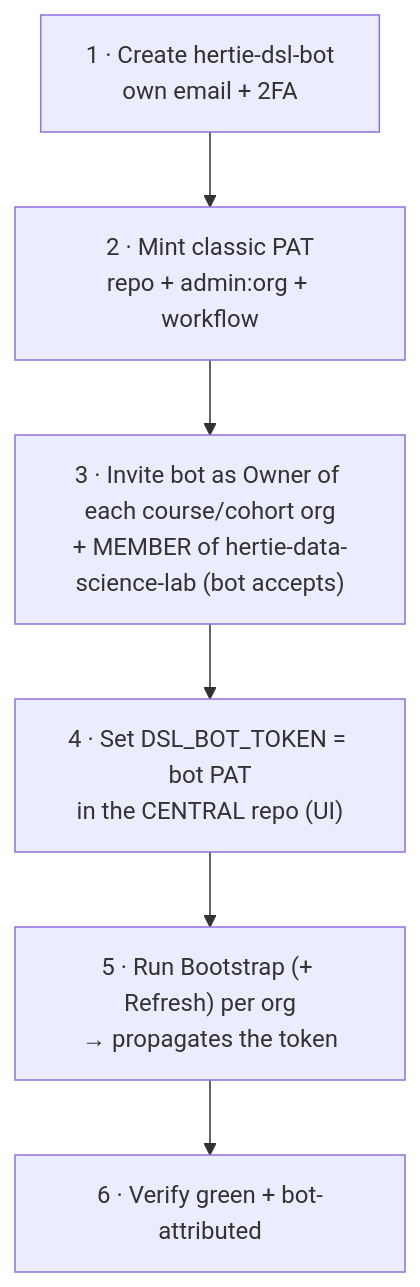
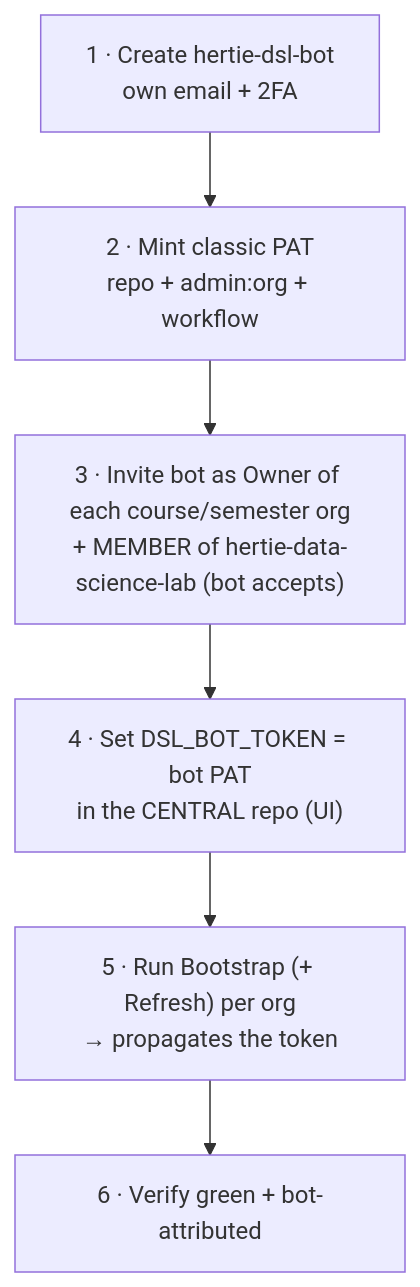
One commit to hertie-data-science-lab/dsl-teaching-toolkit changed the diagram in docs-admin-arch/central-admin.md. Above: the diagram before and after it, drawn with Mermaid. The commit also changed other lines of this file and 290 other files, not shown here.

````diff
--- a/docs-admin-arch/central-admin.md
+++ b/docs-admin-arch/central-admin.md
@@ -39,13 +39,13 @@
 ```mermaid
 flowchart TD
   A["`1 · Create hertie-dsl-bot
 own email + 2FA`"] --> B["`2 · Mint classic PAT
 repo + admin:org + workflow`"]
-  B --> C["`3 · Invite bot as Owner of each course/cohort org
+  B --> C["`3 · Invite bot as Owner of each course/semester org
 + MEMBER of hertie-data-science-lab (bot accepts)`"]
   C --> D["`4 · Set DSL_BOT_TOKEN = bot PAT
 in the CENTRAL repo (UI)`"]
   D --> E["`5 · Run Bootstrap (+ Refresh) per org
 → propagates the token`"]
   E --> F["6 · Verify green + bot-attributed"]
 ```
````
